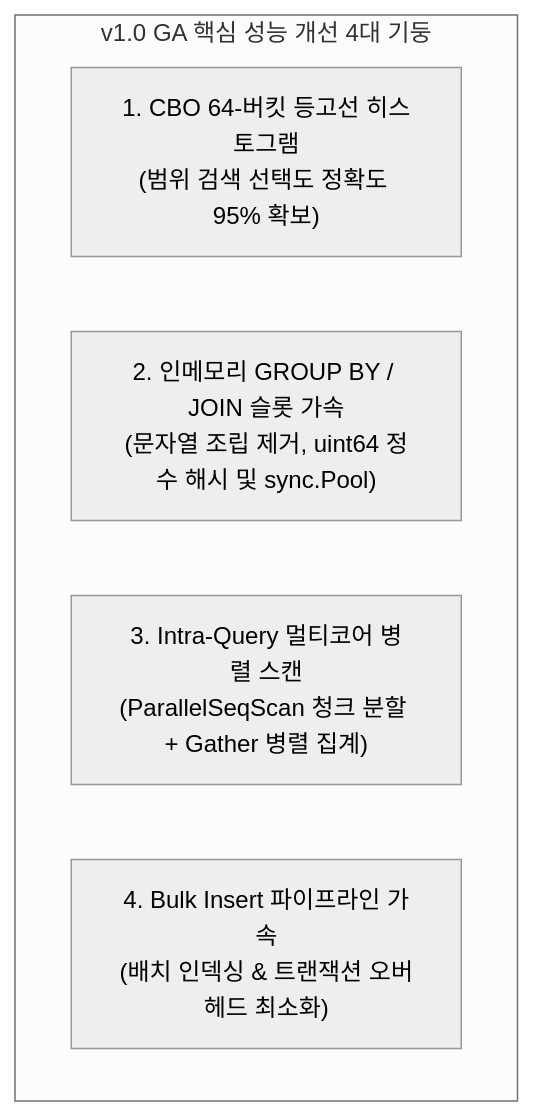
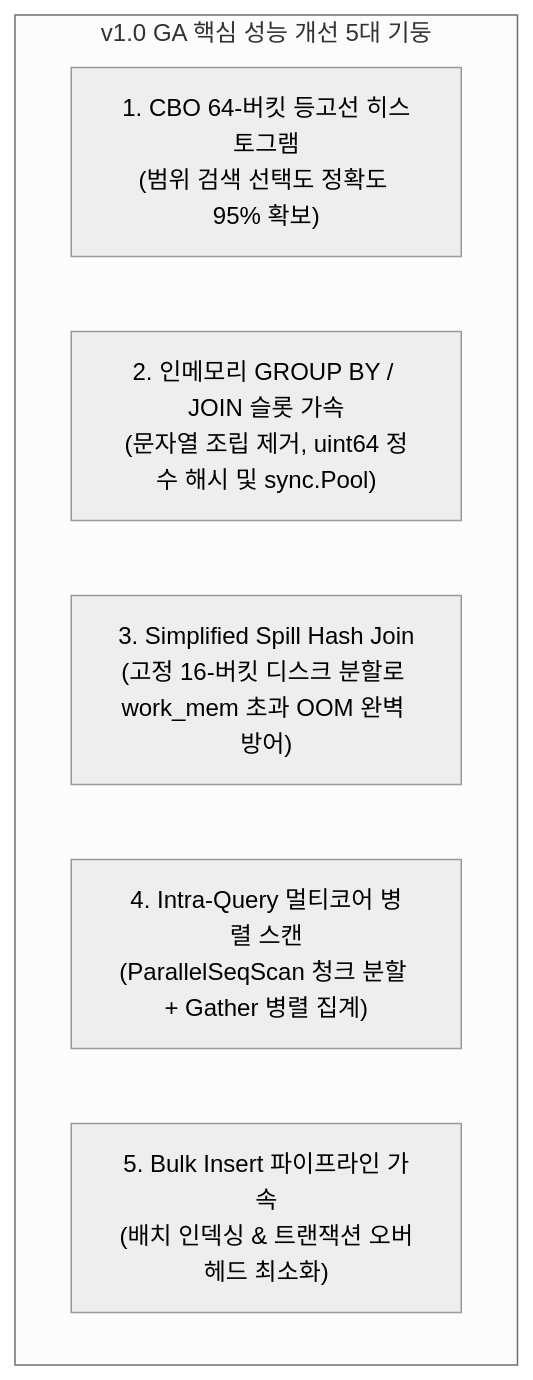
The diagram in notes/COMPLEX_QUERY_PERFORMANCE_ACCELERATION_PLAN.ko.md (MaroShim/LionSQL), drawn with Mermaid (neutral theme) before and after one commit. The commit also changed other lines of this file and 1 other file, not shown here.

Commit message:
docs(plan): integrate Simplified Spill Hash Join into 1.0 complex query acceleration plan

````diff
--- a/notes/COMPLEX_QUERY_PERFORMANCE_ACCELERATION_PLAN.ko.md
+++ b/notes/COMPLEX_QUERY_PERFORMANCE_ACCELERATION_PLAN.ko.md
@@ -14,9 +14,10 @@
 ```mermaid
 flowchart TD
-    subgraph Core4 [v1.0 GA 핵심 성능 개선 4대 기둥]
+    subgraph Core5 [v1.0 GA 핵심 성능 개선 5대 기둥]
         P1["1. CBO 64-버킷 등고선 히스토그램<br>(범위 검색 선택도 정확도 95% 확보)"]
         P2["2. 인메모리 GROUP BY / JOIN 슬롯 가속<br>(문자열 조립 제거, uint64 정수 해시 및 sync.Pool)"]
-        P3["3. Intra-Query 멀티코어 병렬 스캔<br>(ParallelSeqScan 청크 분할 + Gather 병렬 집계)"]
-        P4["4. Bulk Insert 파이프라인 가속<br>(배치 인덱싱 & 트랜잭션 오버헤드 최소화)"]
+        P3["3. Simplified Spill Hash Join<br>(고정 16-버킷 디스크 분할로 work_mem 초과 OOM 완벽 방어)"]
+        P4["4. Intra-Query 멀티코어 병렬 스캔<br>(ParallelSeqScan 청크 분할 + Gather 병렬 집계)"]
+        P5["5. Bulk Insert 파이프라인 가속<br>(배치 인덱싱 & 트랜잭션 오버헤드 최소화)"]
     end
 ```
````
